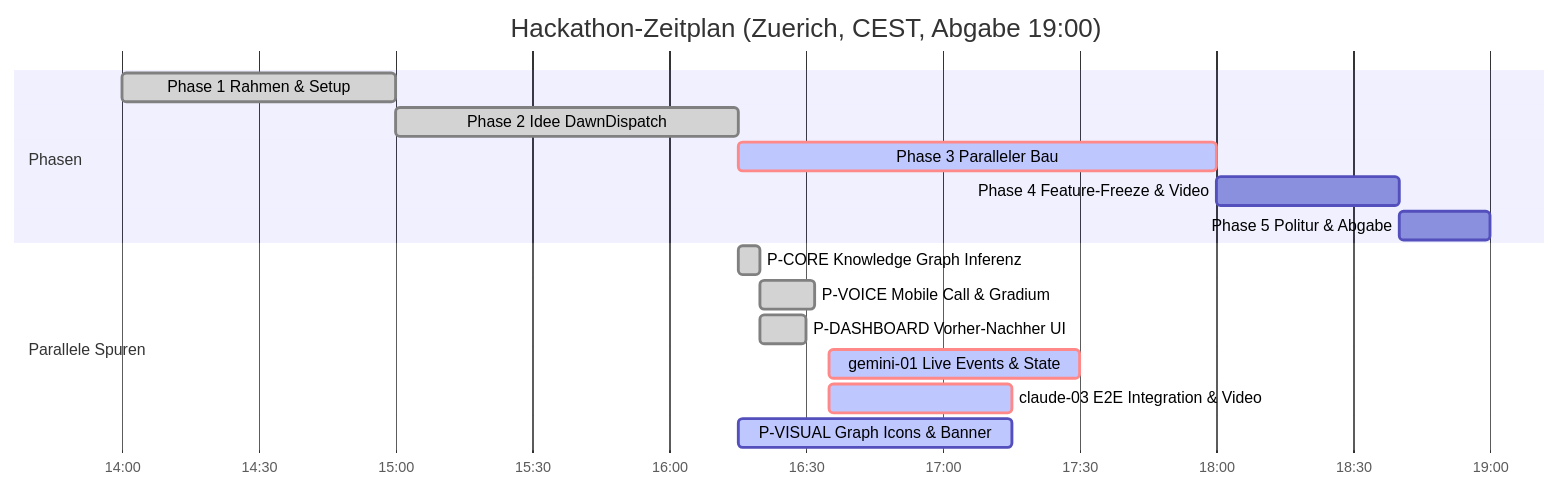
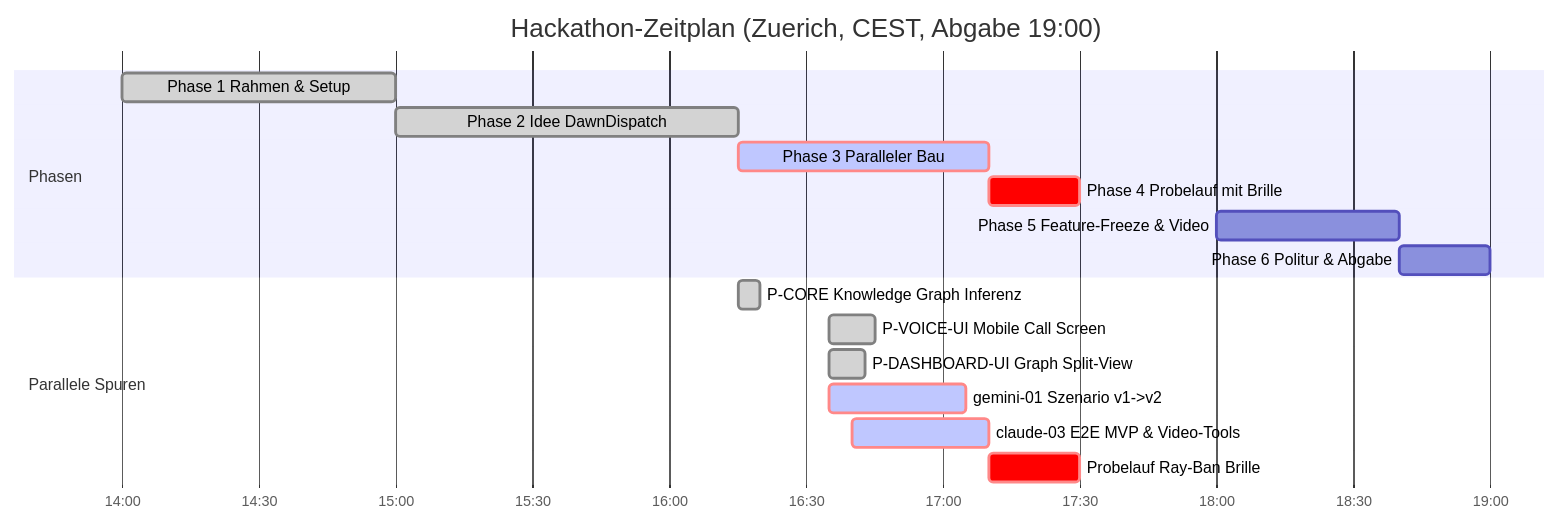
Before and after one commit to Philipp2agent/agentic-hack-google: the diagram in STAND.md, drawn with Mermaid. The commit also changed other lines of this file and 1 other file, not shown here.

Commit message:
docs(stand,claude-03): MVP-Deadline 17:10, v1->v2 Narrativ aus context/hackathon-day & P-VOICE-UI gemerged

````diff
--- a/STAND.md
+++ b/STAND.md
@@ -24,19 +24,20 @@
 ```mermaid
 gantt
   title Hackathon-Zeitplan (Zuerich, CEST, Abgabe 19:00)
   dateFormat HH:mm
   axisFormat %H:%M
   section Phasen
   Phase 1 Rahmen & Setup         :done, p1, 14:00, 15:00
   Phase 2 Idee DawnDispatch      :done, p2, 15:00, 16:15
-  Phase 3 Paralleler Bau         :crit, active, p3, 16:15, 18:00
-  Phase 4 Feature-Freeze & Video :p4, 18:00, 18:40
-  Phase 5 Politur & Abgabe       :p5, 18:40, 19:00
+  Phase 3 Paralleler Bau         :crit, active, p3, 16:15, 17:10
+  Phase 4 Probelauf mit Brille   :crit, p4, 17:10, 17:30
+  Phase 5 Feature-Freeze & Video :p5, 18:00, 18:40
+  Phase 6 Politur & Abgabe       :p6, 18:40, 19:00
   section Parallele Spuren
   P-CORE Knowledge Graph Inferenz   :done, p_core, 16:15, 16:20
-  P-VOICE Mobile Call & Gradium     :done, p_voi, 16:20, 16:32
-  P-DASHBOARD Vorher-Nachher UI     :done, p_dash, 16:20, 16:30
-  gemini-01 Live Events & State     :crit, active, p_gem1, 16:35, 17:30
-  claude-03 E2E Integration & Video :crit, active, p_cl3, 16:35, 17:15
-  P-VISUAL Graph Icons & Banner     :active, p_vis, 16:15, 17:15
+  P-VOICE-UI Mobile Call Screen     :done, p_vui, 16:35, 16:45
+  P-DASHBOARD-UI Graph Split-View   :done, p_dui, 16:35, 16:43
+  gemini-01 Szenario v1->v2         :crit, active, p_gem1, 16:35, 17:05
+  claude-03 E2E MVP & Video-Tools   :crit, active, p_cl3, 16:40, 17:10
+  Probelauf Ray-Ban Brille          :crit, p_probe, 17:10, 17:30
 ```
````
